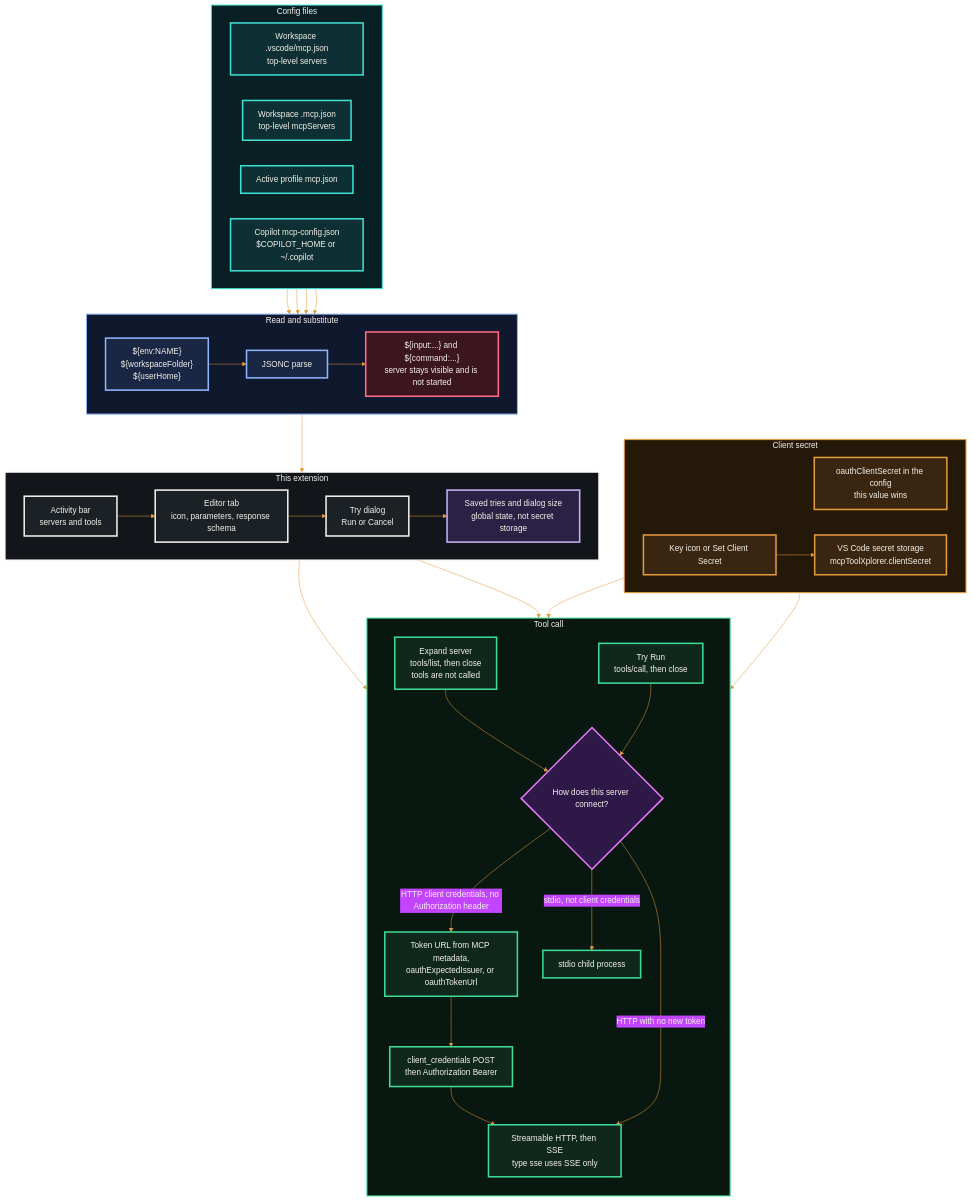
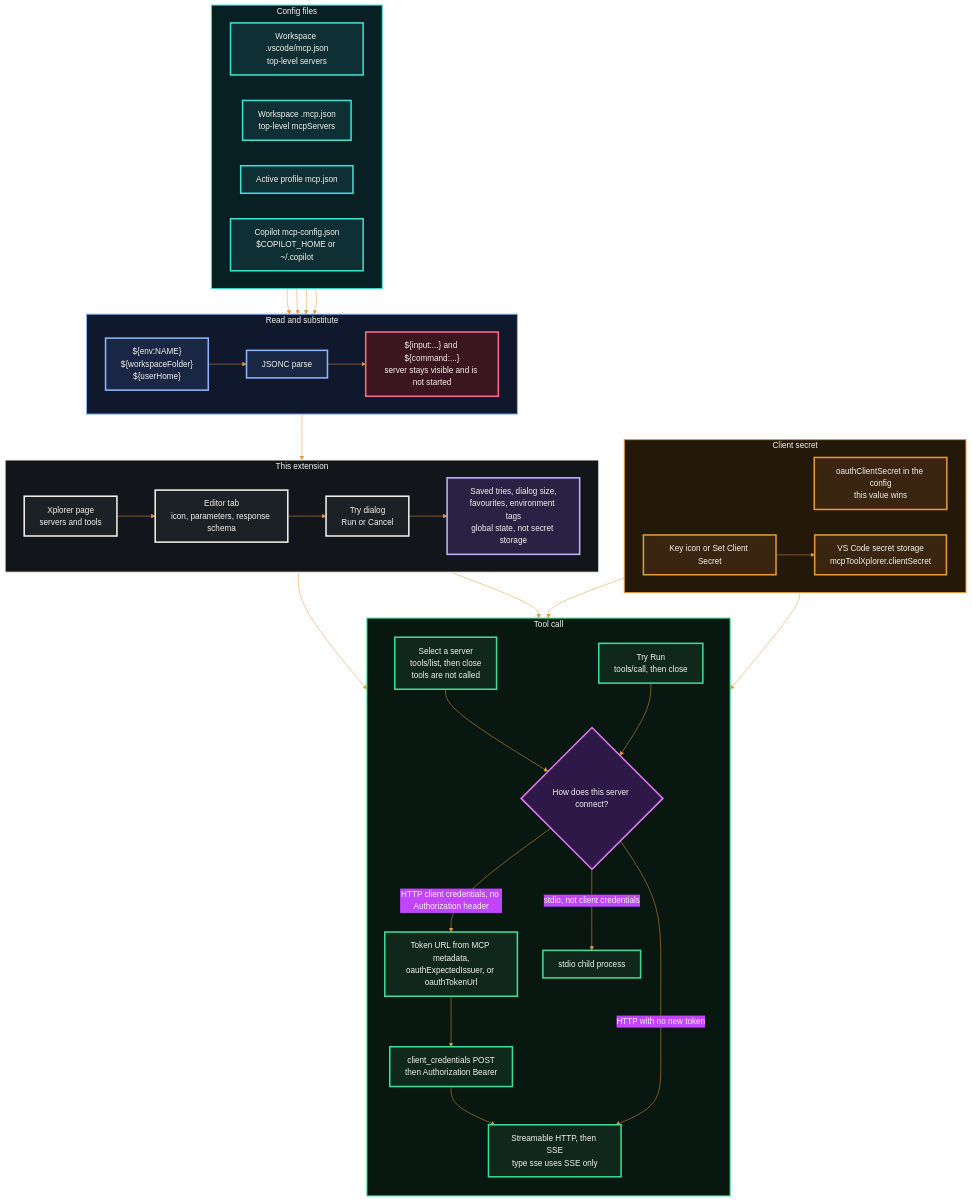
One commit to garrardkitchen/vscode-mcp-tool-explorer changed the diagram in AGENTS.md. Above: the diagram before and after it, drawn with Mermaid. The commit also changed other lines of this file and 27 other files, not shown here.

First line of the commit message:
feat: add the Xplorer page and editable environments

```diff
--- a/AGENTS.md
+++ b/AGENTS.md
@@ -130,15 +141,15 @@
 
   subgraph APP["This extension"]
     direction LR
-    TREE["Activity bar<br/>servers and tools"]
+    TREE["Xplorer page<br/>servers and tools"]
     TAB["Editor tab<br/>icon, parameters, response schema"]
     DIALOG["Try dialog<br/>Run or Cancel"]
-    MEMORY["Saved tries and dialog size<br/>global state, not secret storage"]
+    MEMORY["Saved tries, dialog size,<br/>favourites, environment tags<br/>global state, not secret storage"]
   end
 
   subgraph WIRE["Tool call"]
     direction TB
-    LIST["Expand server<br/>tools/list, then close<br/>tools are not called"]
+    LIST["Select a server<br/>tools/list, then close<br/>tools are not called"]
     GRANT{"How does this server connect?"}
     ISSUER["Token URL from MCP metadata,<br/>oauthExpectedIssuer, or oauthTokenUrl"]
     TOKEN["client_credentials POST<br/>then Authorization Bearer"]
```
